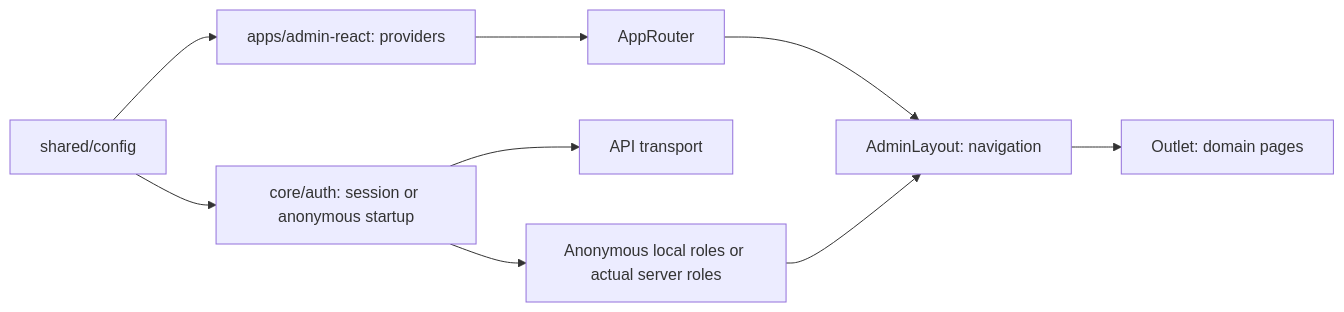
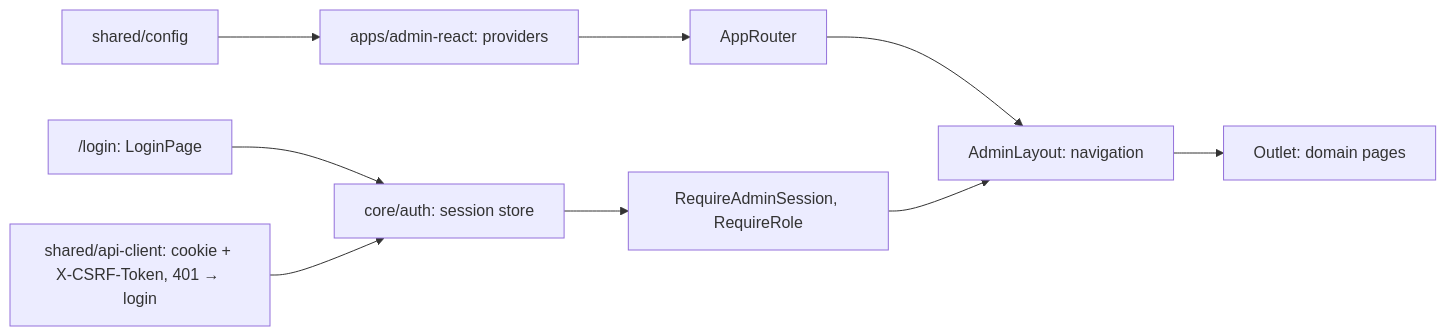
The diagram in docs/features/admin/shell.md (Weretik/brevi-web), drawn with Mermaid before and after one commit. The commit also changed other lines of this file and 114 other files, not shown here.

First line of the commit message:
feat(admin-auth): cookie sign-in like Kedr, «Користувачі» page

````diff
--- a/docs/features/admin/shell.md
+++ b/docs/features/admin/shell.md
@@ -20,11 +21,11 @@
 ```mermaid
 flowchart LR
   App["apps/admin-react: providers"] --> Router["AppRouter"]
   Router --> Layout["AdminLayout: navigation"]
   Layout --> Outlet["Outlet: domain pages"]
-  Auth["core/auth: session or anonymous startup"] --> Transport["API transport"]
+  Login["/login: LoginPage"] --> Auth["core/auth: session store"]
+  Auth --> Guard["RequireAdminSession, RequireRole"]
+  Guard --> Layout
+  Transport["shared/api-client: cookie + X-CSRF-Token, 401 → login"] --> Auth
   Config["shared/config"] --> App
-  Config --> Auth
-  Auth --> Access["Anonymous local roles or actual server roles"]
-  Access --> Layout
 ```
````
